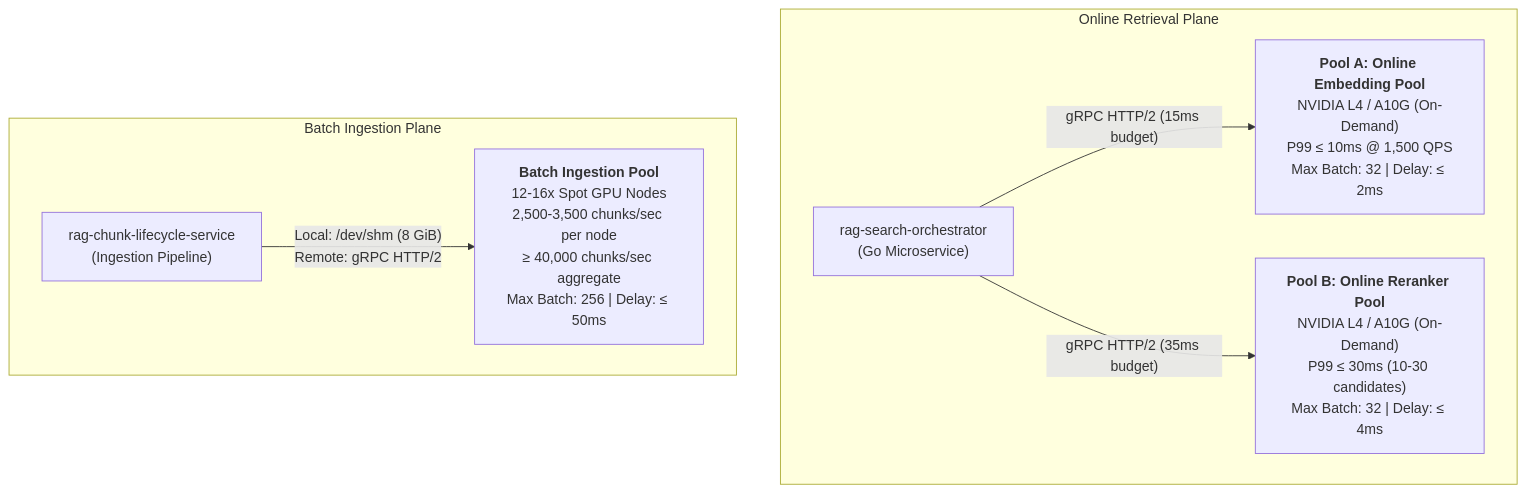
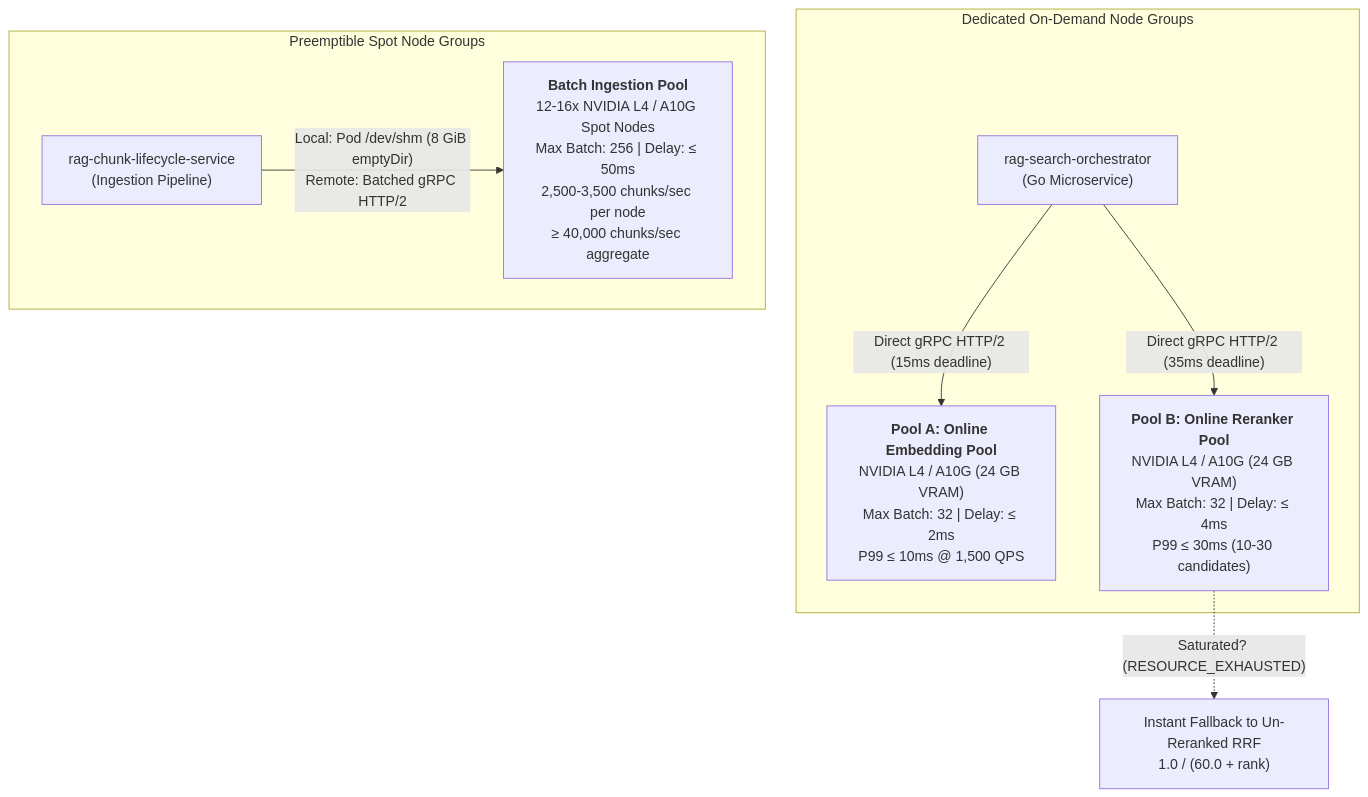
Before and after one commit to Gemejime/Embedding-Reranker-Pools: the diagram in README.md, drawn with Mermaid. The commit also changed other lines of this file and 1 other file, not shown here.

Commit message:
docs: update readme and progress tracker with microservice specifications

````diff
--- a/README.md
+++ b/README.md
@@ -11,17 +11,19 @@
 ```mermaid
 graph TD
-    subgraph Online Retrieval Plane
-        ClientSearch["rag-search-orchestrator<br/>(Go Microservice)"]
-        PoolA["<b>Pool A: Online Embedding Pool</b><br/>NVIDIA L4 / A10G (On-Demand)<br/>P99 &le; 10ms @ 1,500 QPS<br/>Max Batch: 32 | Delay: &le; 2ms"]
-        PoolB["<b>Pool B: Online Reranker Pool</b><br/>NVIDIA L4 / A10G (On-Demand)<br/>P99 &le; 30ms (10-30 candidates)<br/>Max Batch: 32 | Delay: &le; 4ms"]
+    subgraph Online Retrieval Plane [Dedicated On-Demand Node Groups]
+        SearchOrch["rag-search-orchestrator<br/>(Go Microservice)"]
+        PoolA["<b>Pool A: Online Embedding Pool</b><br/>NVIDIA L4 / A10G (24 GB VRAM)<br/>Max Batch: 32 | Delay: &le; 2ms<br/>P99 &le; 10ms @ 1,500 QPS"]
+        PoolB["<b>Pool B: Online Reranker Pool</b><br/>NVIDIA L4 / A10G (24 GB VRAM)<br/>Max Batch: 32 | Delay: &le; 4ms<br/>P99 &le; 30ms (10-30 candidates)"]
     end
 
-    subgraph Batch Ingestion Plane
-        ClientBatch["rag-chunk-lifecycle-service<br/>(Ingestion Pipeline)"]
-        PoolC["<b>Batch Ingestion Pool</b><br/>12-16x Spot GPU Nodes<br/>2,500-3,500 chunks/sec per node<br/>&ge; 40,000 chunks/sec aggregate<br/>Max Batch: 256 | Delay: &le; 50ms"]
+    subgraph Batch Ingestion Plane [Preemptible Spot Node Groups]
+        LifecycleSvc["rag-chunk-lifecycle-service<br/>(Ingestion Pipeline)"]
+        PoolC["<b>Batch Ingestion Pool</b><br/>12-16x NVIDIA L4 / A10G Spot Nodes<br/>Max Batch: 256 | Delay: &le; 50ms<br/>2,500-3,500 chunks/sec per node<br/>&ge; 40,000 chunks/sec aggregate"]
     end
 
-    ClientSearch -->|"gRPC HTTP/2 (15ms budget)"| PoolA
-    ClientSearch -->|"gRPC HTTP/2 (35ms budget)"| PoolB
-    ClientBatch -->|"Local: /dev/shm (8 GiB)<br/>Remote: gRPC HTTP/2"| PoolC
+    SearchOrch -->|"Direct gRPC HTTP/2 (15ms deadline)"| PoolA
+    SearchOrch -->|"Direct gRPC HTTP/2 (35ms deadline)"| PoolB
+    LifecycleSvc -->|"Local: Pod /dev/shm (8 GiB emptyDir)<br/>Remote: Batched gRPC HTTP/2"| PoolC
+
+    PoolB -.->|"Saturated? (RESOURCE_EXHAUSTED)"| RRFFallback["Instant Fallback to Un-Reranked RRF<br/>1.0 / (60.0 + rank)"]
 ```
````
